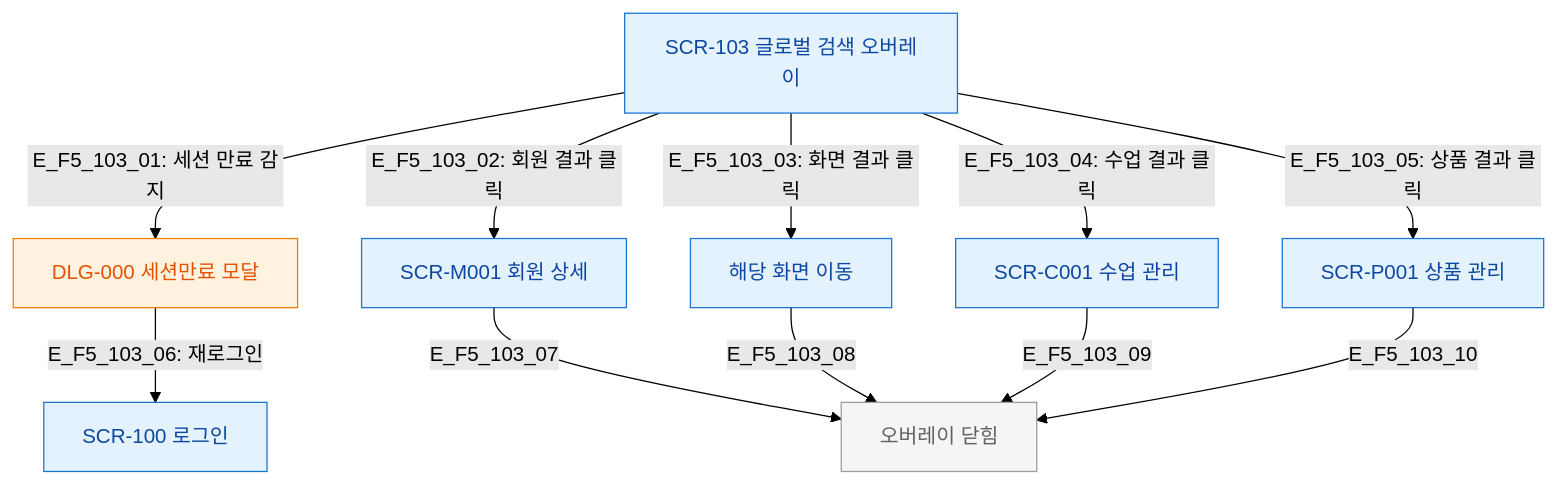
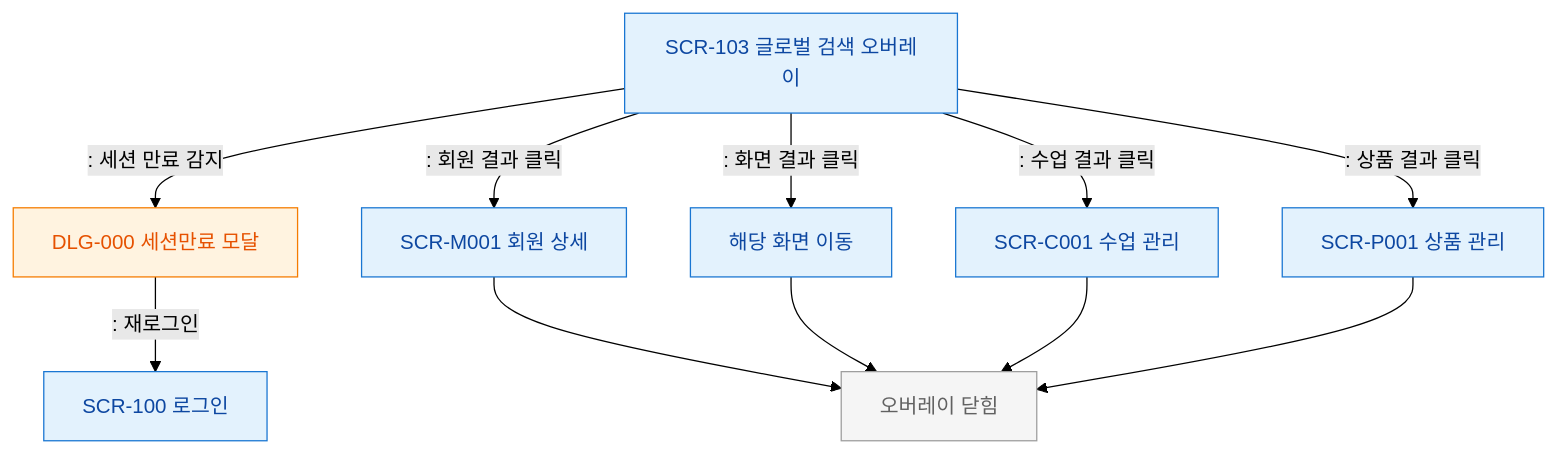
One commit to dev-spogym/admin-pando changed the diagram in docs/다이어그램/D01_공통/SCR-103_글로벌검색/F5_모달트리거.md. Above: the diagram before and after it, drawn with Mermaid (forest theme). The commit also changed other lines of this file and 1660 other files, not shown here.

First line of the commit message:
다이어그램: 기획자/클라이언트 납품본으로 정리

````diff
--- a/docs/다이어그램/D01_공통/SCR-103_글로벌검색/F5_모달트리거.md
+++ b/docs/다이어그램/D01_공통/SCR-103_글로벌검색/F5_모달트리거.md
@@ -19,25 +17,25 @@
 ```mermaid
 flowchart TD
     SCR_103[SCR-103 글로벌 검색 오버레이]
 
-    SCR_103 -->|"E_F5_103_01: 세션 만료 감지"| DLG_000[DLG-000 세션만료 모달]
-    SCR_103 -->|"E_F5_103_02: 회원 결과 클릭"| NAV_MEMBER[SCR-M001 회원 상세]
-    SCR_103 -->|"E_F5_103_03: 화면 결과 클릭"| NAV_SCREEN[해당 화면 이동]
-    SCR_103 -->|"E_F5_103_04: 수업 결과 클릭"| NAV_CLASS[SCR-C001 수업 관리]
-    SCR_103 -->|"E_F5_103_05: 상품 결과 클릭"| NAV_PRODUCT[SCR-P001 상품 관리]
+    SCR_103 -->|": 세션 만료 감지"|DLG_000[DLG-000 세션만료 모달]
+    SCR_103 -->|": 회원 결과 클릭"|NAV_MEMBER[SCR-M001 회원 상세]
+    SCR_103 -->|": 화면 결과 클릭"|NAV_SCREEN[해당 화면 이동]
+    SCR_103 -->|": 수업 결과 클릭"|NAV_CLASS[SCR-C001 수업 관리]
+    SCR_103 -->|": 상품 결과 클릭"|NAV_PRODUCT[SCR-P001 상품 관리]
 
-    DLG_000 -->|"E_F5_103_06: 재로그인"| SCR_100[SCR-100 로그인]
+    DLG_000 -->|": 재로그인"|SCR_100[SCR-100 로그인]
 
-    NAV_MEMBER -->|E_F5_103_07| CLOSE[오버레이 닫힘]
-    NAV_SCREEN -->|E_F5_103_08| CLOSE
-    NAV_CLASS -->|E_F5_103_09| CLOSE
-    NAV_PRODUCT -->|E_F5_103_10| CLOSE
+    NAV_MEMBER --> CLOSE[오버레이 닫힘]
+    NAV_SCREEN --> CLOSE
+    NAV_CLASS --> CLOSE
+    NAV_PRODUCT --> CLOSE
 
-    classDef screen  fill:#E3F2FD,stroke:#1976D2,color:#0D47A1
-    classDef modal   fill:#FFF3E0,stroke:#F57C00,color:#E65100
-    classDef system  fill:#EDE7F6,stroke:#5E35B2
+    classDef screen fill:#E3F2FD,stroke:#1976D2,color:#0D47A1
+    classDef modal fill:#FFF3E0,stroke:#F57C00,color:#E65100
+    classDef system fill:#EDE7F6,stroke:#5E35B2
     classDef rbacBlocked fill:#F5F5F5,stroke:#9E9E9E,color:#616161
     class SCR_103,NAV_MEMBER,NAV_SCREEN,NAV_CLASS,NAV_PRODUCT,SCR_100 screen
     class DLG_000 modal
     class CLOSE rbacBlocked
 ```
````
